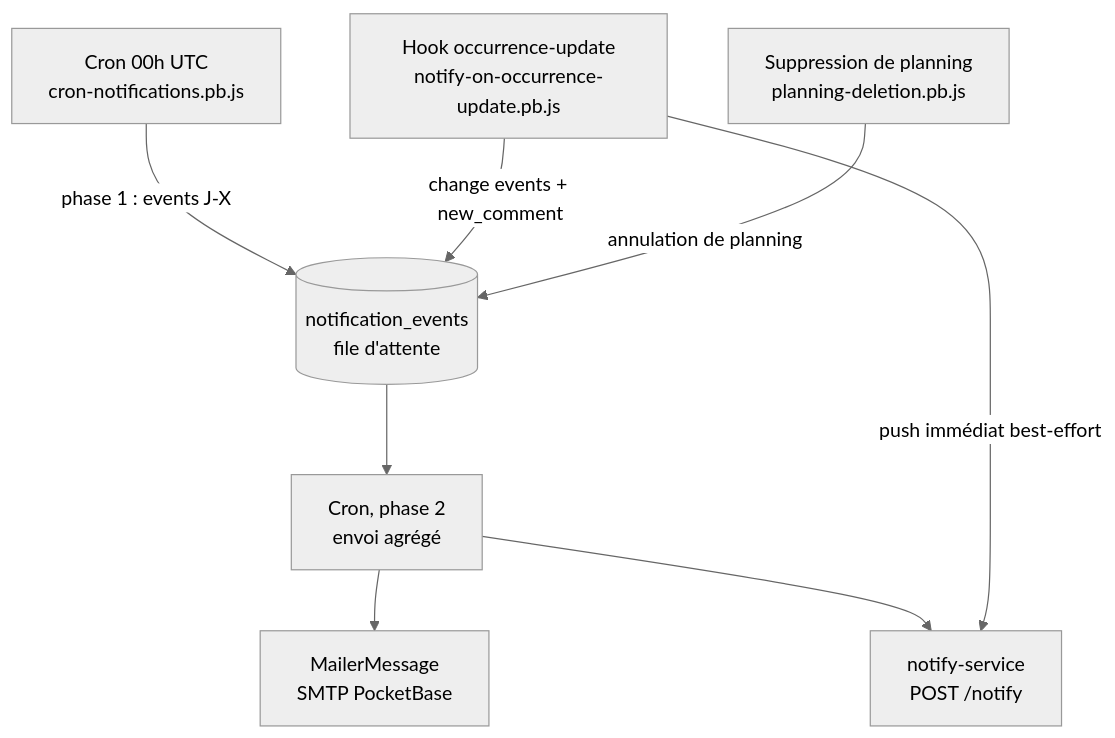
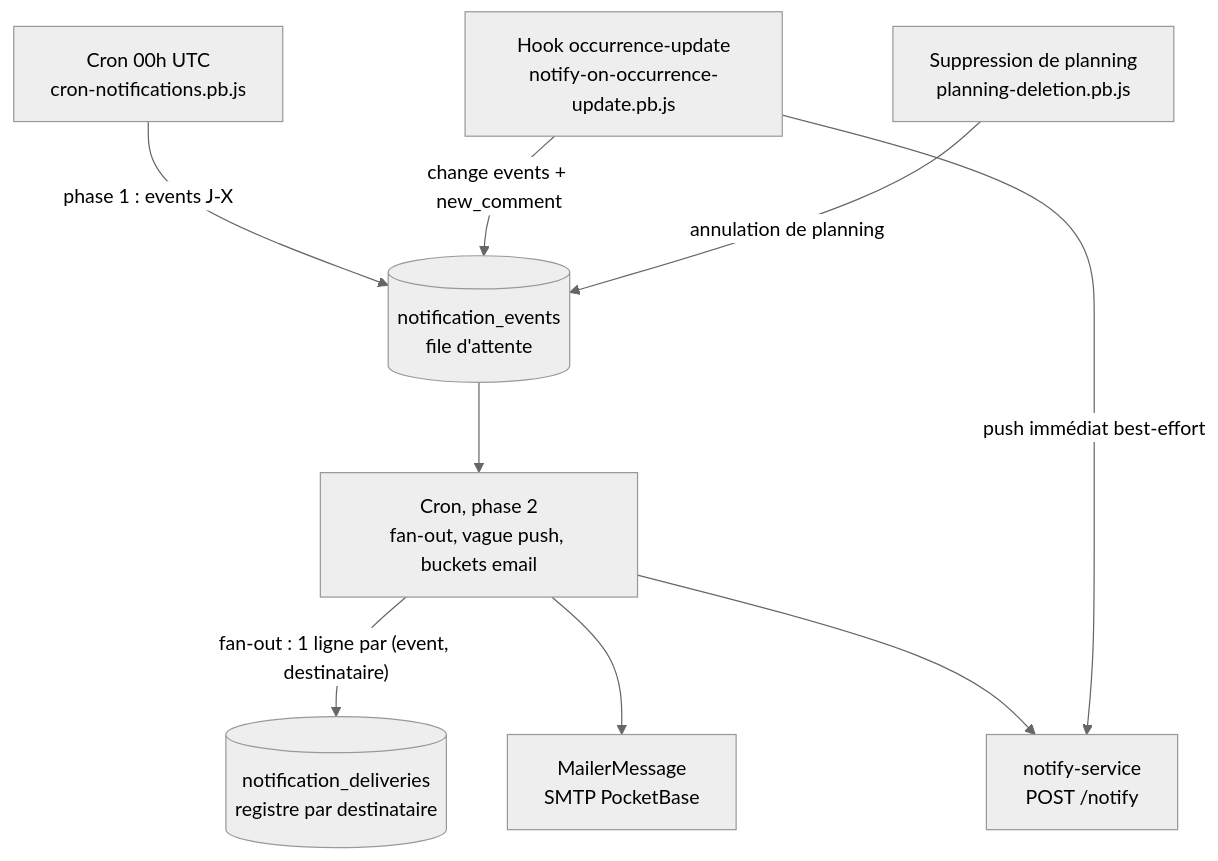
The diagram in docs/architecture/push-notifications.md (QaldeK/oupla-planning), drawn with Mermaid (neutral theme) before and after one commit. The commit also changed other lines of this file and 9 other files, not shown here.

````diff
--- a/docs/architecture/push-notifications.md
+++ b/docs/architecture/push-notifications.md
@@ -14,17 +14,19 @@
 ```mermaid
 flowchart TD
   CRON["Cron 00h UTC<br/>cron-notifications.pb.js"]
   HOOK["Hook occurrence-update<br/>notify-on-occurrence-update.pb.js"]
   DEL["Suppression de planning<br/>planning-deletion.pb.js"]
   EVENTS[("notification_events<br/>file d'attente")]
-  PHASE2["Cron, phase 2<br/>envoi agrégé"]
+  LEDGER[("notification_deliveries<br/>registre par destinataire")]
+  PHASE2["Cron, phase 2<br/>fan-out, vague push, buckets email"]
   MAIL["MailerMessage<br/>SMTP PocketBase"]
   PUSH["notify-service<br/>POST /notify"]
   CRON -->|"phase 1 : events J-X"| EVENTS
   HOOK -->|"change events + new_comment"| EVENTS
   DEL -->|"annulation de planning"| EVENTS
   EVENTS --> PHASE2
+  PHASE2 -->|"fan-out : 1 ligne par (event, destinataire)"| LEDGER
   PHASE2 --> MAIL
   PHASE2 --> PUSH
   HOOK -->|"push immédiat best-effort"| PUSH
 ```
````
